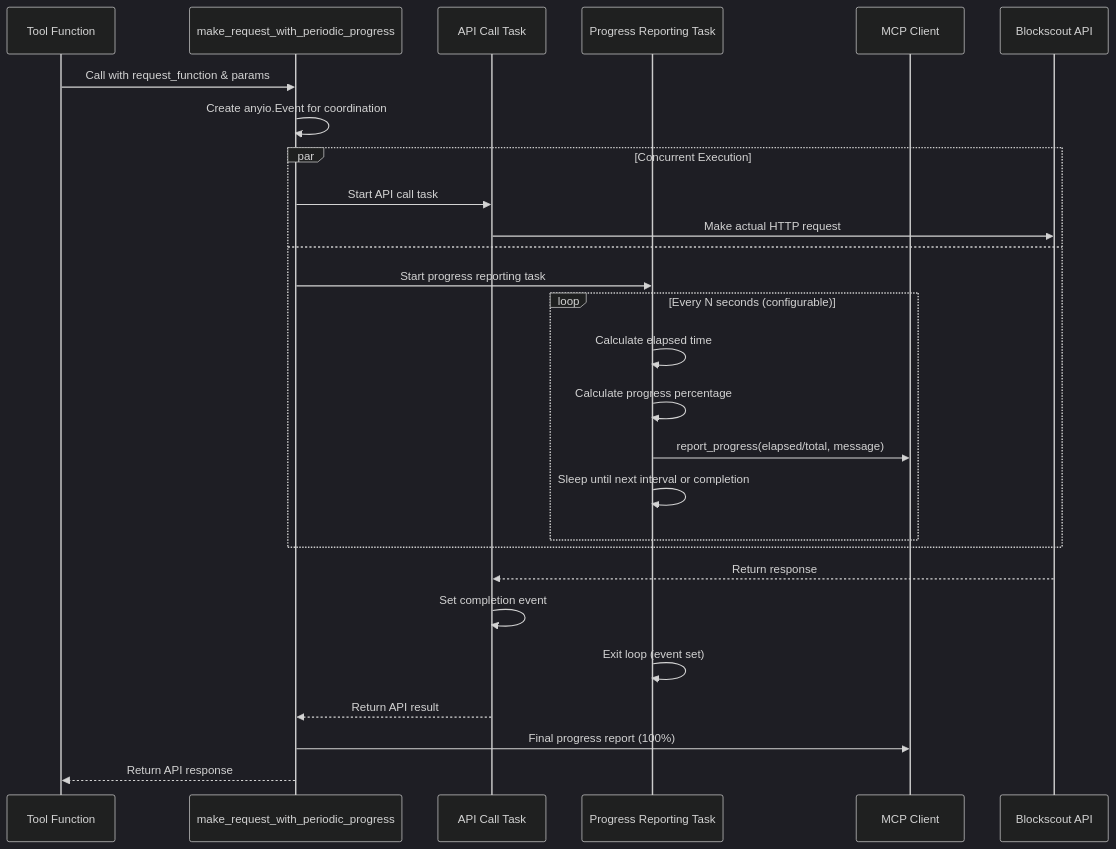
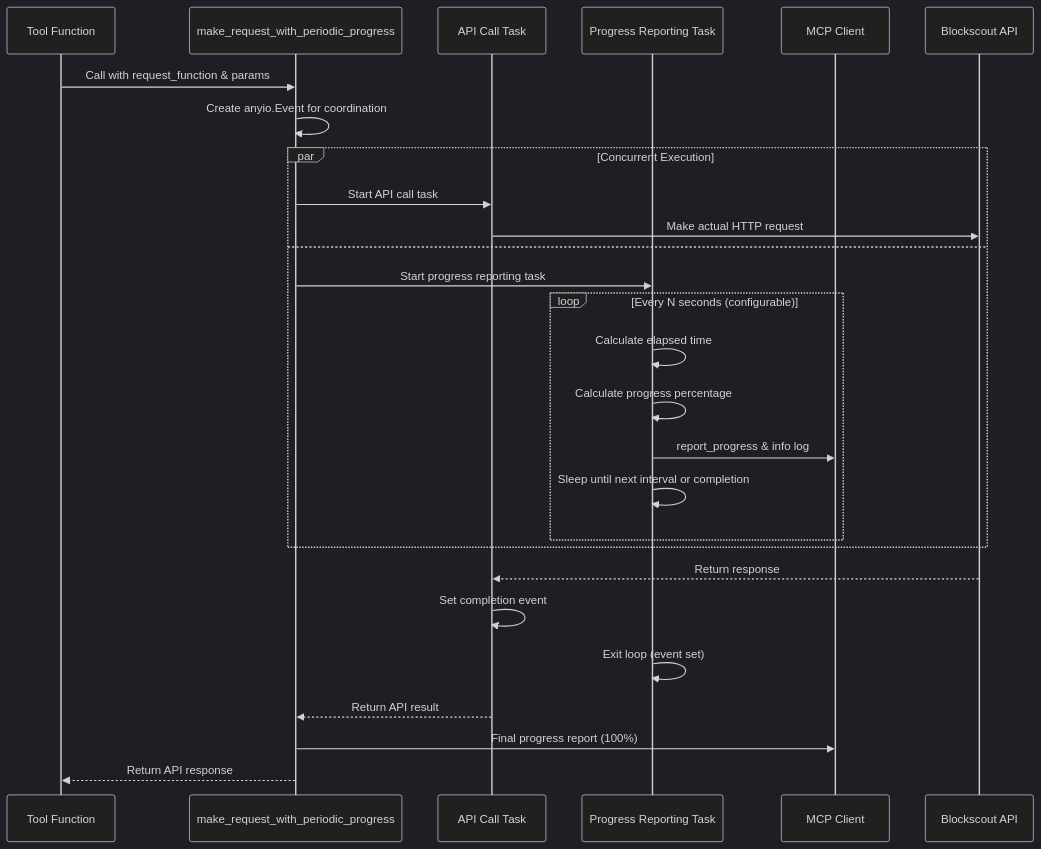
The second of 2 diagrams in SPEC.md (settlemint/blockscout-mcp-server), drawn with Mermaid (dark theme) before and after one commit. The commit also changed other lines of this file and 23 other files, not shown here.

Commit message:
Pairing progress reports with log messages (#31)

````diff
--- a/SPEC.md
+++ b/SPEC.md
@@ -119,32 +119,32 @@
 ```mermaid
 sequenceDiagram
     participant Tool as Tool Function
     participant Wrapper as make_request_with_periodic_progress
     participant APITask as API Call Task
     participant ProgressTask as Progress Reporting Task
     participant Client as MCP Client
     participant API as Blockscout API
 
     Tool->>Wrapper: Call with request_function & params
     Wrapper->>Wrapper: Create anyio.Event for coordination
     
     par Concurrent Execution
         Wrapper->>APITask: Start API call task
         APITask->>API: Make actual HTTP request
         and
         Wrapper->>ProgressTask: Start progress reporting task
         loop Every N seconds (configurable)
             ProgressTask->>ProgressTask: Calculate elapsed time
             ProgressTask->>ProgressTask: Calculate progress percentage
-            ProgressTask->>Client: report_progress(elapsed/total, message)
+            ProgressTask->>Client: report_progress & info log
             ProgressTask->>ProgressTask: Sleep until next interval or completion
         end
     end
     
     API-->>APITask: Return response
     APITask->>APITask: Set completion event
     ProgressTask->>ProgressTask: Exit loop (event set)
     APITask-->>Wrapper: Return API result
     Wrapper->>Client: Final progress report (100%)
     Wrapper-->>Tool: Return API response
 ```
````
